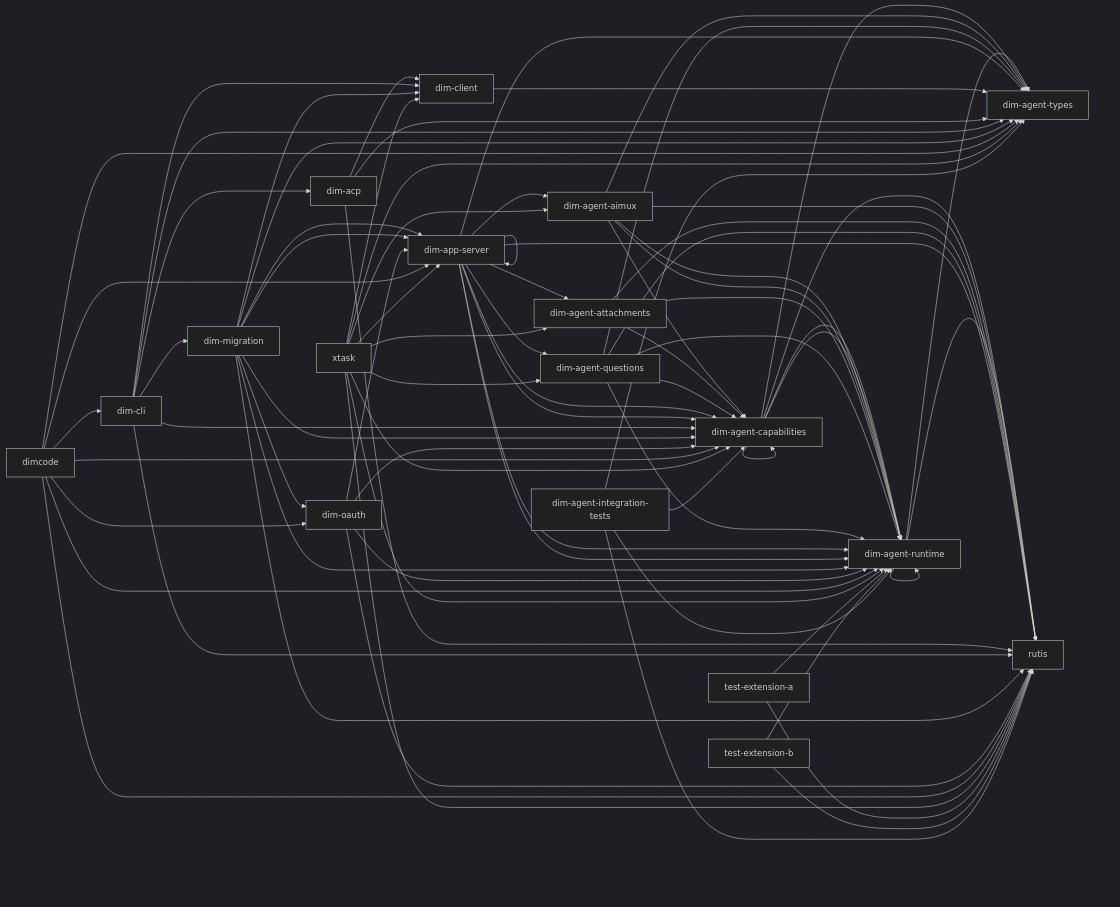
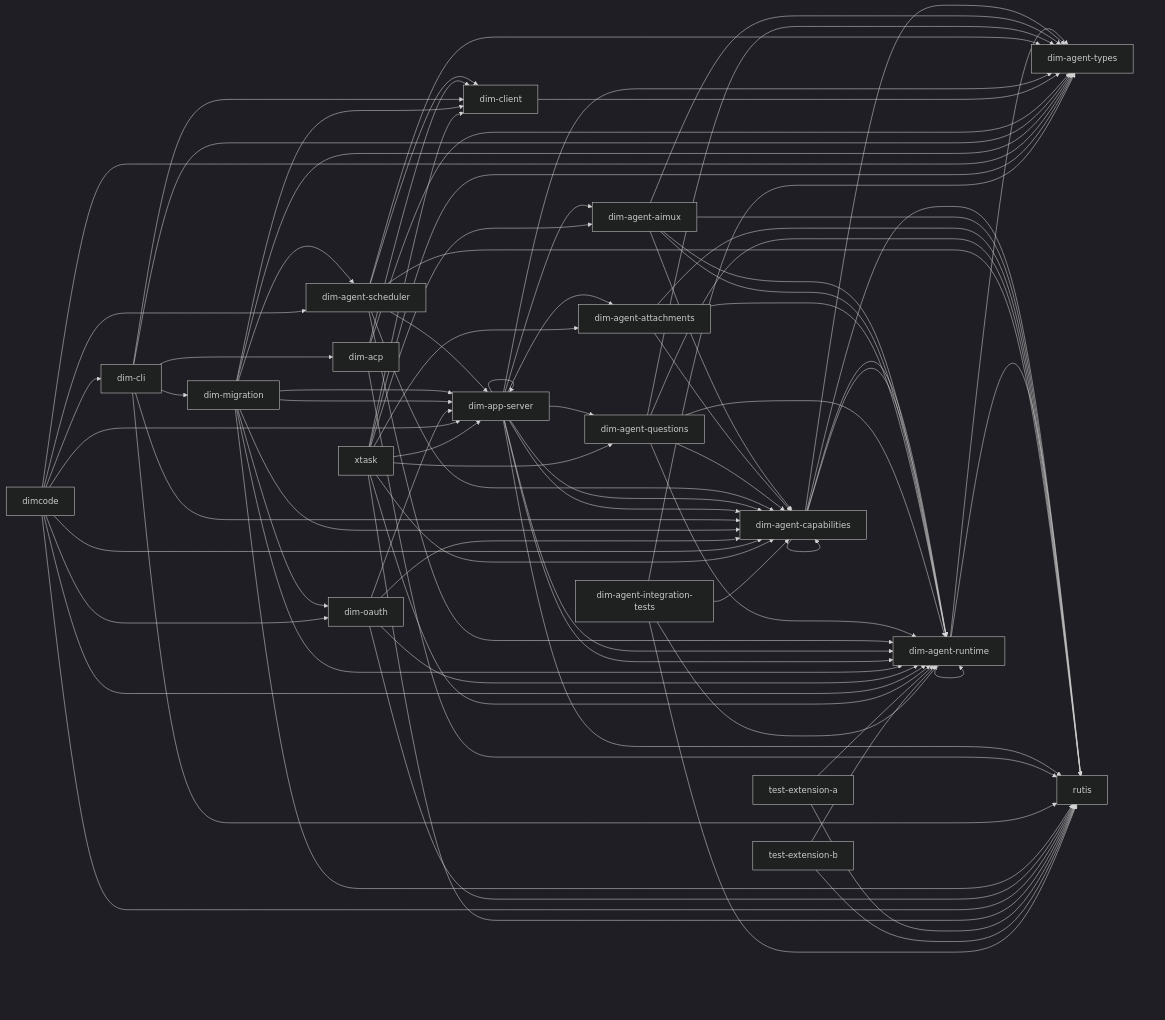
The diagram in docs/architecture/rust-agent/generated/crates.mmd (CoutinhoTTS/dim-agent), drawn with Mermaid (dark theme) before and after one commit. The commit also changed 56 other files, not shown here.

```diff
--- a/docs/architecture/rust-agent/generated/crates.mmd
+++ b/docs/architecture/rust-agent/generated/crates.mmd
@@ -1,79 +1,87 @@
 %% Generated from cargo metadata; do not edit.
 flowchart LR
   dim_agent_runtime["dim-agent-runtime"] --> dim_agent_types["dim-agent-types"]
   dim_agent_runtime["dim-agent-runtime"] --> rutis["rutis"]
   dim_agent_runtime["dim-agent-runtime"] --> dim_agent_runtime["dim-agent-runtime"]
   dim_agent_capabilities["dim-agent-capabilities"] --> dim_agent_runtime["dim-agent-runtime"]
   dim_agent_capabilities["dim-agent-capabilities"] --> dim_agent_types["dim-agent-types"]
   dim_agent_capabilities["dim-agent-capabilities"] --> rutis["rutis"]
   dim_agent_capabilities["dim-agent-capabilities"] --> dim_agent_capabilities["dim-agent-capabilities"]
   dim_agent_capabilities["dim-agent-capabilities"] --> dim_agent_runtime["dim-agent-runtime"]
   dim_agent_aimux["dim-agent-aimux"] --> dim_agent_capabilities["dim-agent-capabilities"]
   dim_agent_aimux["dim-agent-aimux"] --> dim_agent_runtime["dim-agent-runtime"]
   dim_agent_aimux["dim-agent-aimux"] --> dim_agent_types["dim-agent-types"]
   dim_agent_aimux["dim-agent-aimux"] --> rutis["rutis"]
   dim_agent_aimux["dim-agent-aimux"] --> dim_agent_runtime["dim-agent-runtime"]
   dim_agent_attachments["dim-agent-attachments"] --> dim_agent_capabilities["dim-agent-capabilities"]
   dim_agent_attachments["dim-agent-attachments"] --> dim_agent_runtime["dim-agent-runtime"]
   dim_agent_attachments["dim-agent-attachments"] --> rutis["rutis"]
   dim_agent_questions["dim-agent-questions"] --> dim_agent_capabilities["dim-agent-capabilities"]
   dim_agent_questions["dim-agent-questions"] --> dim_agent_runtime["dim-agent-runtime"]
   dim_agent_questions["dim-agent-questions"] --> dim_agent_types["dim-agent-types"]
   dim_agent_questions["dim-agent-questions"] --> rutis["rutis"]
   dim_agent_questions["dim-agent-questions"] --> dim_agent_runtime["dim-agent-runtime"]
+  dim_agent_scheduler["dim-agent-scheduler"] --> dim_agent_capabilities["dim-agent-capabilities"]
+  dim_agent_scheduler["dim-agent-scheduler"] --> dim_agent_runtime["dim-agent-runtime"]
+  dim_agent_scheduler["dim-agent-scheduler"] --> dim_agent_types["dim-agent-types"]
+  dim_agent_scheduler["dim-agent-scheduler"] --> dim_app_server["dim-app-server"]
+  dim_agent_scheduler["dim-agent-scheduler"] --> rutis["rutis"]
+  dim_agent_scheduler["dim-agent-scheduler"] --> dim_client["dim-client"]
   dim_app_server["dim-app-server"] --> dim_agent_aimux["dim-agent-aimux"]
   dim_app_server["dim-app-server"] --> dim_agent_attachments["dim-agent-attachments"]
   dim_app_server["dim-app-server"] --> dim_agent_capabilities["dim-agent-capabilities"]
   dim_app_server["dim-app-server"] --> dim_agent_questions["dim-agent-questions"]
   dim_app_server["dim-app-server"] --> dim_agent_runtime["dim-agent-runtime"]
   dim_app_server["dim-app-server"] --> dim_agent_types["dim-agent-types"]
   dim_app_server["dim-app-server"] --> rutis["rutis"]
   dim_app_server["dim-app-server"] --> dim_agent_capabilities["dim-agent-capabilities"]
   dim_app_server["dim-app-server"] --> dim_agent_runtime["dim-agent-runtime"]
   dim_app_server["dim-app-server"] --> dim_app_server["dim-app-server"]
   dim_client["dim-client"] --> dim_agent_types["dim-agent-types"]
   dim_acp["dim-acp"] --> dim_agent_types["dim-agent-types"]
   dim_acp["dim-acp"] --> dim_client["dim-client"]
   dim_acp["dim-acp"] --> rutis["rutis"]
   dim_cli["dim-cli"] --> dim_acp["dim-acp"]
   dim_cli["dim-cli"] --> dim_agent_capabilities["dim-agent-capabilities"]
   dim_cli["dim-cli"] --> dim_agent_types["dim-agent-types"]
   dim_cli["dim-cli"] --> dim_client["dim-client"]
   dim_cli["dim-cli"] --> dim_migration["dim-migration"]
   dim_cli["dim-cli"] --> rutis["rutis"]
   dim_migration["dim-migration"] --> dim_agent_capabilities["dim-agent-capabilities"]
   dim_migration["dim-migration"] --> dim_agent_runtime["dim-agent-runtime"]
   dim_migration["dim-migration"] --> dim_agent_types["dim-agent-types"]
   dim_migration["dim-migration"] --> dim_app_server["dim-app-server"]
   dim_migration["dim-migration"] --> rutis["rutis"]
+  dim_migration["dim-migration"] --> dim_agent_scheduler["dim-agent-scheduler"]
   dim_migration["dim-migration"] --> dim_app_server["dim-app-server"]
   dim_migration["dim-migration"] --> dim_client["dim-client"]
   dim_migration["dim-migration"] --> dim_oauth["dim-oauth"]
   dim_oauth["dim-oauth"] --> dim_agent_capabilities["dim-agent-capabilities"]
   dim_oauth["dim-oauth"] --> dim_agent_runtime["dim-agent-runtime"]
   dim_oauth["dim-oauth"] --> dim_app_server["dim-app-server"]
   dim_oauth["dim-oauth"] --> rutis["rutis"]
+  dimcode["dimcode"] --> dim_agent_scheduler["dim-agent-scheduler"]
   dimcode["dimcode"] --> dim_app_server["dim-app-server"]
   dimcode["dimcode"] --> dim_cli["dim-cli"]
   dimcode["dimcode"] --> dim_oauth["dim-oauth"]
   dimcode["dimcode"] --> dim_agent_capabilities["dim-agent-capabilities"]
   dimcode["dimcode"] --> dim_agent_runtime["dim-agent-runtime"]
   dimcode["dimcode"] --> dim_agent_types["dim-agent-types"]
   dimcode["dimcode"] --> rutis["rutis"]
   xtask["xtask"] --> dim_agent_aimux["dim-agent-aimux"]
   xtask["xtask"] --> dim_agent_attachments["dim-agent-attachments"]
   xtask["xtask"] --> dim_agent_capabilities["dim-agent-capabilities"]
   xtask["xtask"] --> dim_agent_questions["dim-agent-questions"]
   xtask["xtask"] --> dim_agent_runtime["dim-agent-runtime"]
   xtask["xtask"] --> dim_agent_types["dim-agent-types"]
   xtask["xtask"] --> dim_app_server["dim-app-server"]
   xtask["xtask"] --> dim_client["dim-client"]
   xtask["xtask"] --> rutis["rutis"]
   test_extension_a["test-extension-a"] --> dim_agent_runtime["dim-agent-runtime"]
   test_extension_a["test-extension-a"] --> rutis["rutis"]
   test_extension_b["test-extension-b"] --> dim_agent_runtime["dim-agent-runtime"]
   test_extension_b["test-extension-b"] --> rutis["rutis"]
   dim_agent_integration_tests["dim-agent-integration-tests"] --> dim_agent_capabilities["dim-agent-capabilities"]
   dim_agent_integration_tests["dim-agent-integration-tests"] --> dim_agent_runtime["dim-agent-runtime"]
   dim_agent_integration_tests["dim-agent-integration-tests"] --> dim_agent_types["dim-agent-types"]
   dim_agent_integration_tests["dim-agent-integration-tests"] --> rutis["rutis"]
```
